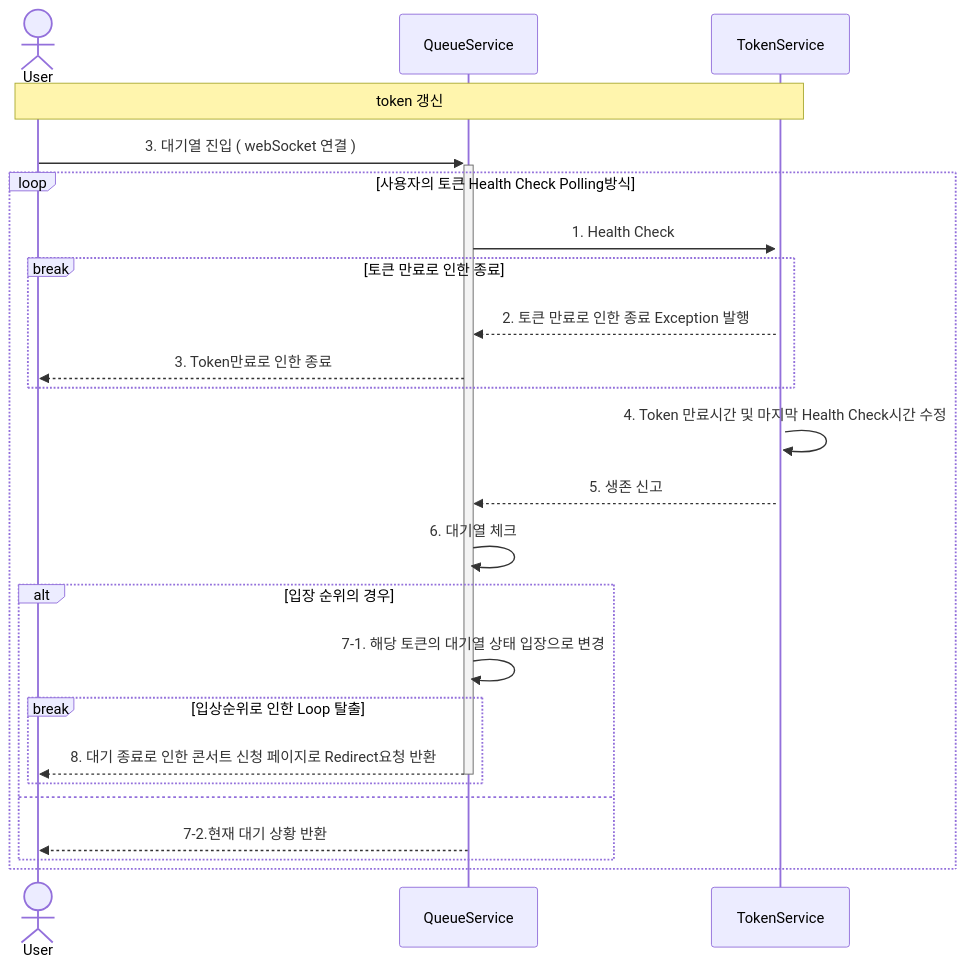
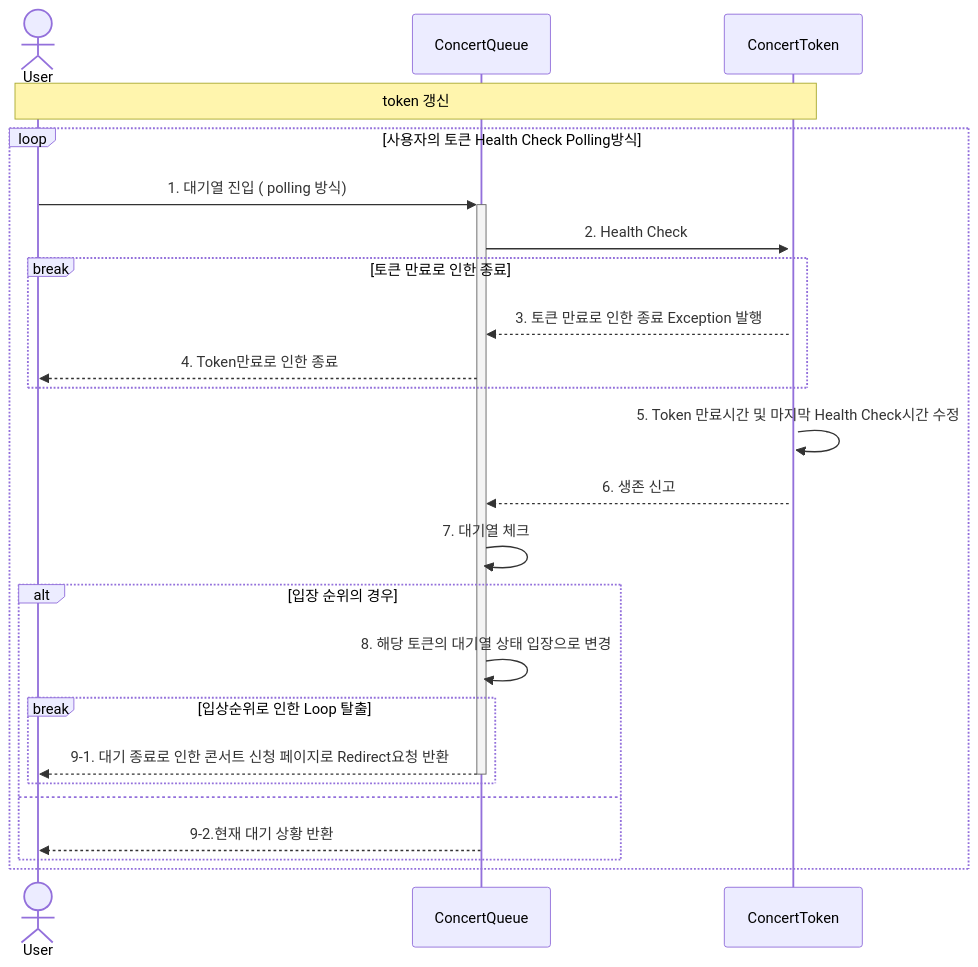
Before and after one commit to KrongDev/hhplus-concert: the second of 6 diagrams in README.md, drawn with Mermaid. The commit also changed other lines of this file, not shown here.

````diff
--- a/README.md
+++ b/README.md
@@ -24,29 +63,29 @@
 ```mermaid
 sequenceDiagram
-    actor User
-    participant QueueService
-    participant TokenService
-    
-    Note over User,TokenService: token 갱신
-    
-    User->>+QueueService: 3. 대기열 진입 ( webSocket 연결 )
-    loop 사용자의 토큰 Health Check Polling방식
-        QueueService->>+TokenService: 1. Health Check
-        
-        break 토큰 만료로 인한 종료
-            TokenService-->>QueueService: 2. 토큰 만료로 인한 종료 Exception 발행 
-            QueueService-->>User:3. Token만료로 인한 종료
-        end
-        TokenService->>TokenService: 4. Token 만료시간 및 마지막 Health Check시간 수정
-        TokenService-->>QueueService: 5. 생존 신고
-        QueueService->>QueueService: 6. 대기열 체크
-        alt 입장 순위의 경우 
-            QueueService->>QueueService: 7-1. 해당 토큰의 대기열 상태 입장으로 변경
-        break 입상순위로 인한 Loop 탈출
-            QueueService-->>-User: 8. 대기 종료로 인한 콘서트 신청 페이지로 Redirect요청 반환
-        end
-        else
-            QueueService-->>User: 7-2.현재 대기 상황 반환
-        end
-    end
+
+	actor User
+	participant ConcertQueue
+	participant ConcertToken
+
+	Note over User,ConcertToken: token 갱신
+	loop 사용자의 토큰 Health Check Polling방식
+		User->>+ConcertQueue: 1. 대기열 진입 ( polling 방식)
+		ConcertQueue->>+ConcertToken: 2. Health Check
+		break 토큰 만료로 인한 종료
+			ConcertToken-->>ConcertQueue: 3. 토큰 만료로 인한 종료 Exception 발행
+			ConcertQueue-->>User:4. Token만료로 인한 종료
+		end
+		ConcertToken->>ConcertToken: 5. Token 만료시간 및 마지막 Health Check시간 수정
+		ConcertToken-->>ConcertQueue: 6. 생존 신고
+		ConcertQueue->>ConcertQueue: 7. 대기열 체크
+		
+		alt 입장 순위의 경우
+			ConcertQueue->>ConcertQueue: 8. 해당 토큰의 대기열 상태 입장으로 변경
+			break 입상순위로 인한 Loop 탈출
+				ConcertQueue-->>-User: 9-1. 대기 종료로 인한 콘서트 신청 페이지로 Redirect요청 반환
+			end
+		else
+			ConcertQueue-->>User: 9-2.현재 대기 상황 반환
+		end
+	end
 ```
````
